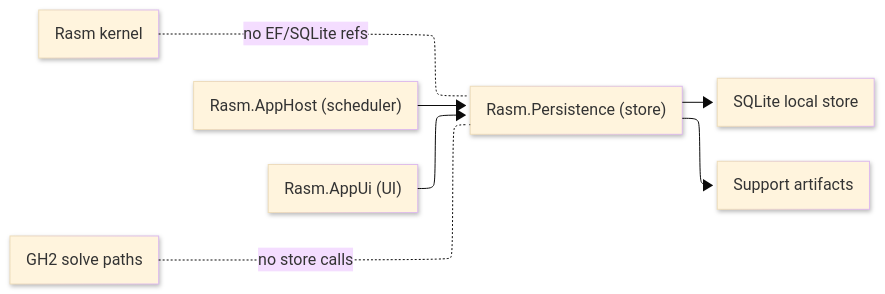
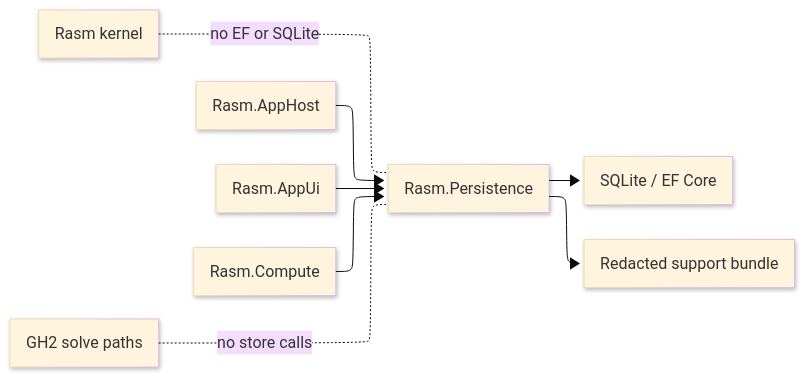
The diagram in libs/csharp/Rasm.Persistence/ARCHITECTURE.md (bsamiee/Rasm), drawn with Mermaid before and after one commit. The commit also changed other lines of this file and 73 other files, not shown here.

````diff
--- a/libs/csharp/Rasm.Persistence/ARCHITECTURE.md
+++ b/libs/csharp/Rasm.Persistence/ARCHITECTURE.md
@@ -7,21 +7,18 @@
 ```mermaid
 ---
 config:
   layout: elk
   look: neo
   theme: base
-  elk:
-    mergeEdges: false
-    nodePlacementStrategy: BRANDES_KOEPF
-    cycleBreakingStrategy: GREEDY_MODEL_ORDER
 ---
 flowchart LR
-    accTitle: Rasm Persistence durable-state boundary
-    accDescr: AppHost schedules durable work and AppUi observes state through Rasm Persistence, which owns the SQLite store and support artifacts while the kernel and GH2 solve paths stay isolated from store calls.
-    AppHost["Rasm.AppHost (scheduler)"] --> Persistence["Rasm.Persistence (store)"]
-    AppUi["Rasm.AppUi (UI)"] --> Persistence
-    Persistence --> SQLite["SQLite local store"]
-    Persistence --> Support["Support artifacts"]
-    Rasm["Rasm kernel"] -. "no EF/SQLite refs" .- Persistence
+    accTitle: Persistence local durable state
+    accDescr: AppHost supplies profile and scheduling, Persistence owns the SQLite store and redacted support artifacts, AppUi observes state, and Compute uses cache/index contracts.
+    Host["Rasm.AppHost"] --> Persistence["Rasm.Persistence"]
+    Persistence --> SQLite["SQLite / EF Core"]
+    Persistence --> Support["Redacted support bundle"]
+    Ui["Rasm.AppUi"] --> Persistence
+    Compute["Rasm.Compute"] --> Persistence
+    Kernel["Rasm kernel"] -. "no EF or SQLite" .- Persistence
     GH["GH2 solve paths"] -. "no store calls" .- Persistence
 ```
````
